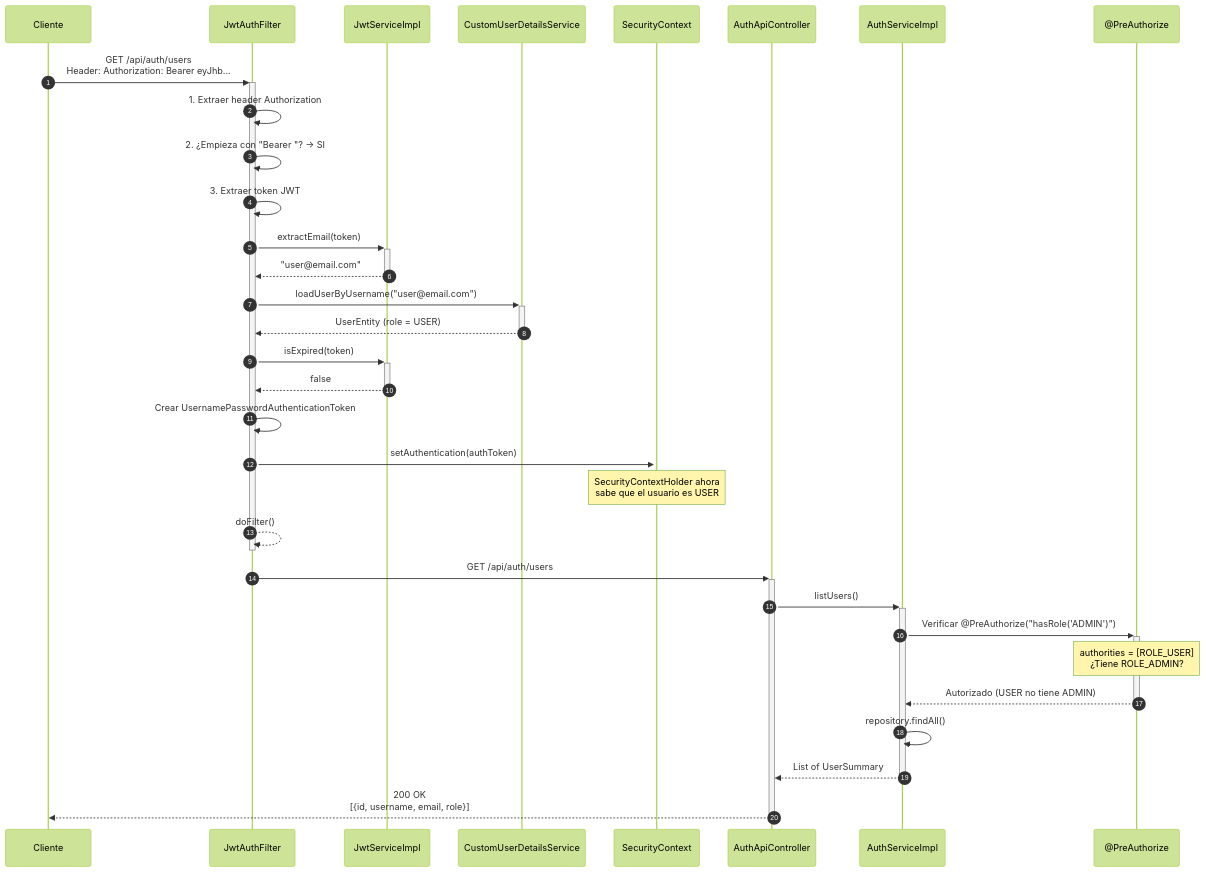
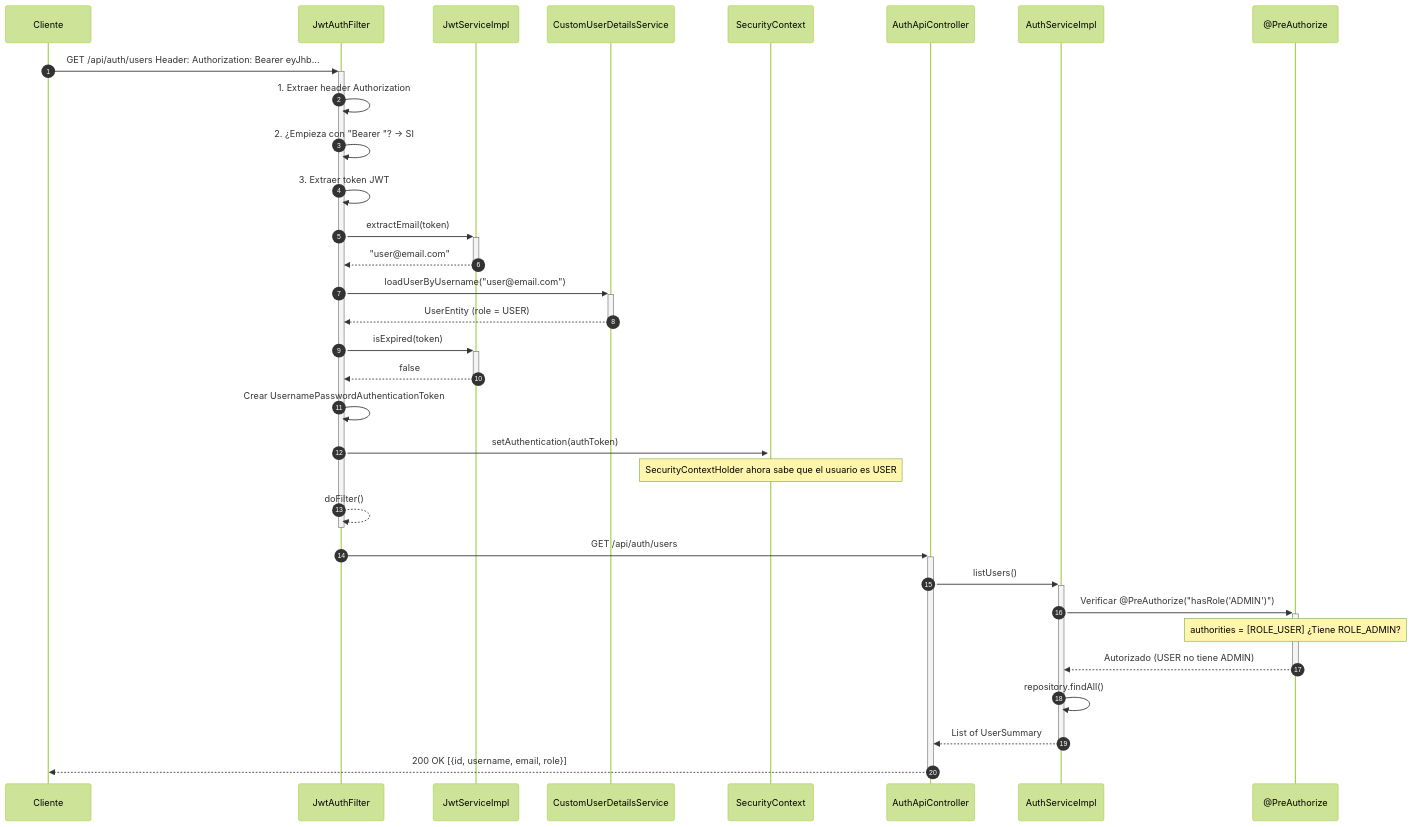
Before and after one commit to dio-quincarDev/springsecurity-basics: the fifth of 8 diagrams in docs/ARQUITECTURA.md, drawn with Mermaid (forest theme). The commit also changed other lines of this file, not shown here.

Commit message:
Mejora de Diagramas

````diff
--- a/docs/ARQUITECTURA.md
+++ b/docs/ARQUITECTURA.md
@@ -201,35 +201,35 @@
 ```mermaid
 sequenceDiagram
     autonumber
     participant C as Cliente
     participant FILTER as JwtAuthFilter
     participant JWT_SVC as JwtServiceImpl
     participant UDS as CustomUserDetailsService
     participant CTX as SecurityContext
     participant CTRL as AuthApiController
     participant AUTH_SVC as AuthServiceImpl
     participant ANNO as @PreAuthorize
 
-    C->>+FILTER: GET /api/auth/users<br/>Header: Authorization: Bearer eyJhb...
+    C->>+FILTER: GET /api/auth/users Header: Authorization: Bearer eyJhb...
     FILTER->>FILTER: 1. Extraer header Authorization
     FILTER->>FILTER: 2. ¿Empieza con "Bearer "? → SI
     FILTER->>FILTER: 3. Extraer token JWT
     FILTER->>+JWT_SVC: extractEmail(token)
     JWT_SVC-->>-FILTER: "user@email.com"
     FILTER->>+UDS: loadUserByUsername("user@email.com")
     UDS-->>-FILTER: UserEntity (role = USER)
     FILTER->>+JWT_SVC: isExpired(token)
     JWT_SVC-->>-FILTER: false
     FILTER->>FILTER: Crear UsernamePasswordAuthenticationToken
     FILTER->>+CTX: setAuthentication(authToken)
-    Note over CTX: SecurityContextHolder ahora<br/>sabe que el usuario es USER
+    Note over CTX: SecurityContextHolder ahora sabe que el usuario es USER
     FILTER-->>-FILTER: doFilter()
     FILTER->>+CTRL: GET /api/auth/users
     CTRL->>+AUTH_SVC: listUsers()
     AUTH_SVC->>+ANNO: Verificar @PreAuthorize("hasRole('ADMIN')")
-    Note over ANNO: authorities = [ROLE_USER]<br/>¿Tiene ROLE_ADMIN?
+    Note over ANNO: authorities = [ROLE_USER] ¿Tiene ROLE_ADMIN?
     ANNO-->>-AUTH_SVC: Autorizado (USER no tiene ADMIN)
     AUTH_SVC->>AUTH_SVC: repository.findAll()
     AUTH_SVC-->>-CTRL: List of UserSummary
-    CTRL-->>-C: 200 OK<br/>[{id, username, email, role}]
+    CTRL-->>-C: 200 OK [{id, username, email, role}]
 ```
````
